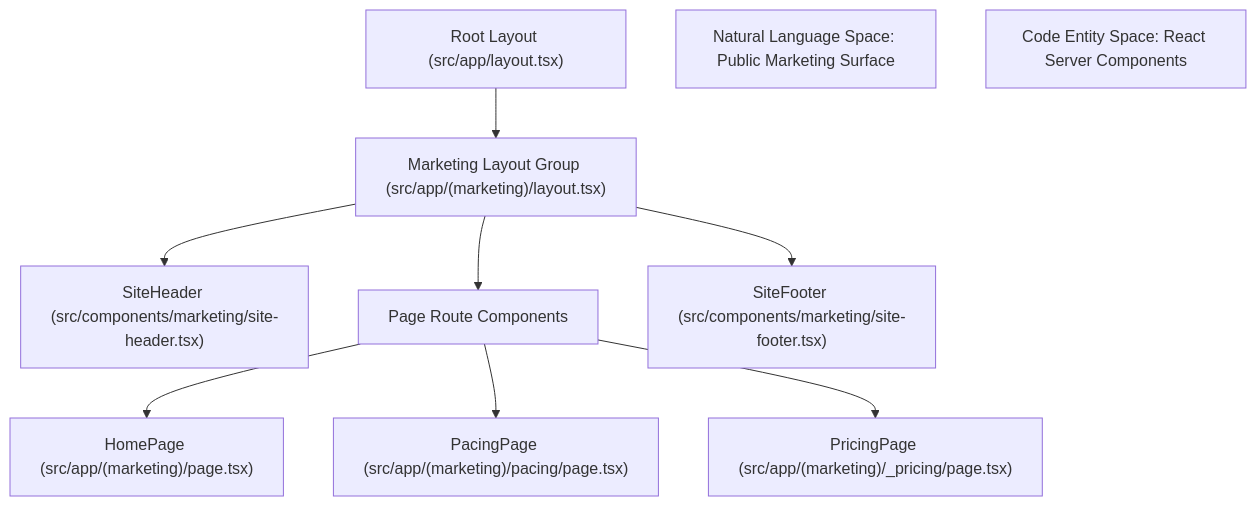
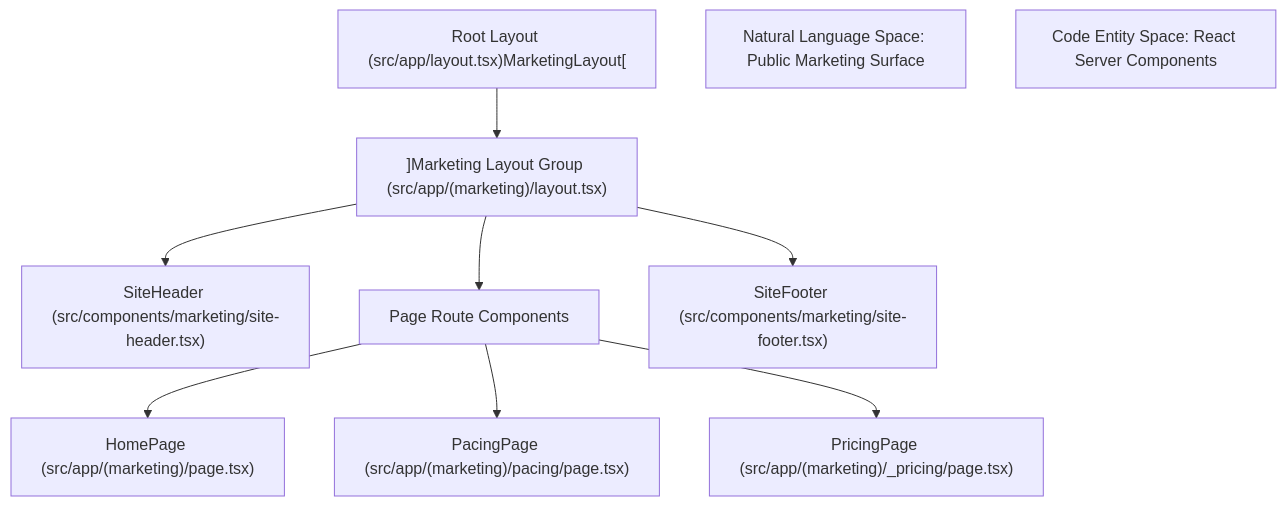
Before and after one commit to jarrettheflin/immune-fit-Devin-Wiki: the first of 2 diagrams in pages/6.1-marketing-pages-layout.md, drawn with Mermaid. The commit also changed other lines of this file and 22 other files, not shown here.

Commit message:
Repair Mermaid syntax so all 67 diagrams render on GitHub

````diff
--- a/pages/6.1-marketing-pages-layout.md
+++ b/pages/6.1-marketing-pages-layout.md
@@ -46,14 +46,14 @@
 ```mermaid
 graph TD
-    RootLayout["Root Layout (src/app/layout.tsx)"] --> MarketingLayout["Marketing Layout Group (src/app/(marketing)/layout.tsx)"]
+    RootLayout["Root Layout (src/app/layout.tsx)MarketingLayout["] --> MarketingLayout["]Marketing Layout Group (src/app/(marketing)/layout.tsx)"]
     MarketingLayout --> SiteHeader["SiteHeader (src/components/marketing/site-header.tsx)"]
     MarketingLayout --> PageContent["Page Route Components"]
     MarketingLayout --> SiteFooter["SiteFooter (src/components/marketing/site-footer.tsx)"]
     
     PageContent --> HomePage["HomePage (src/app/(marketing)/page.tsx)"]
     PageContent --> PacingPage["PacingPage (src/app/(marketing)/pacing/page.tsx)"]
     PageContent --> PricingPage["PricingPage (src/app/(marketing)/_pricing/page.tsx)"]
 
     sub-heading-1["Natural Language Space: Public Marketing Surface"]
     sub-heading-2["Code Entity Space: React Server Components"]
 ```
````
